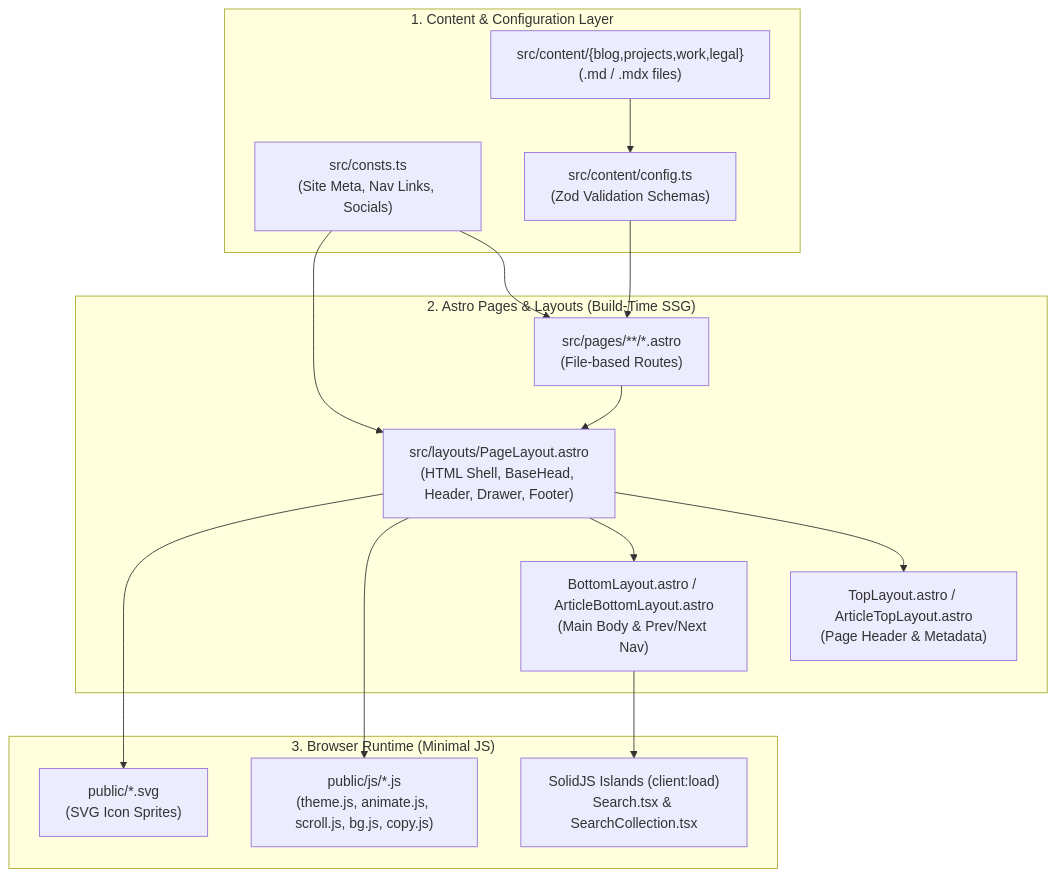
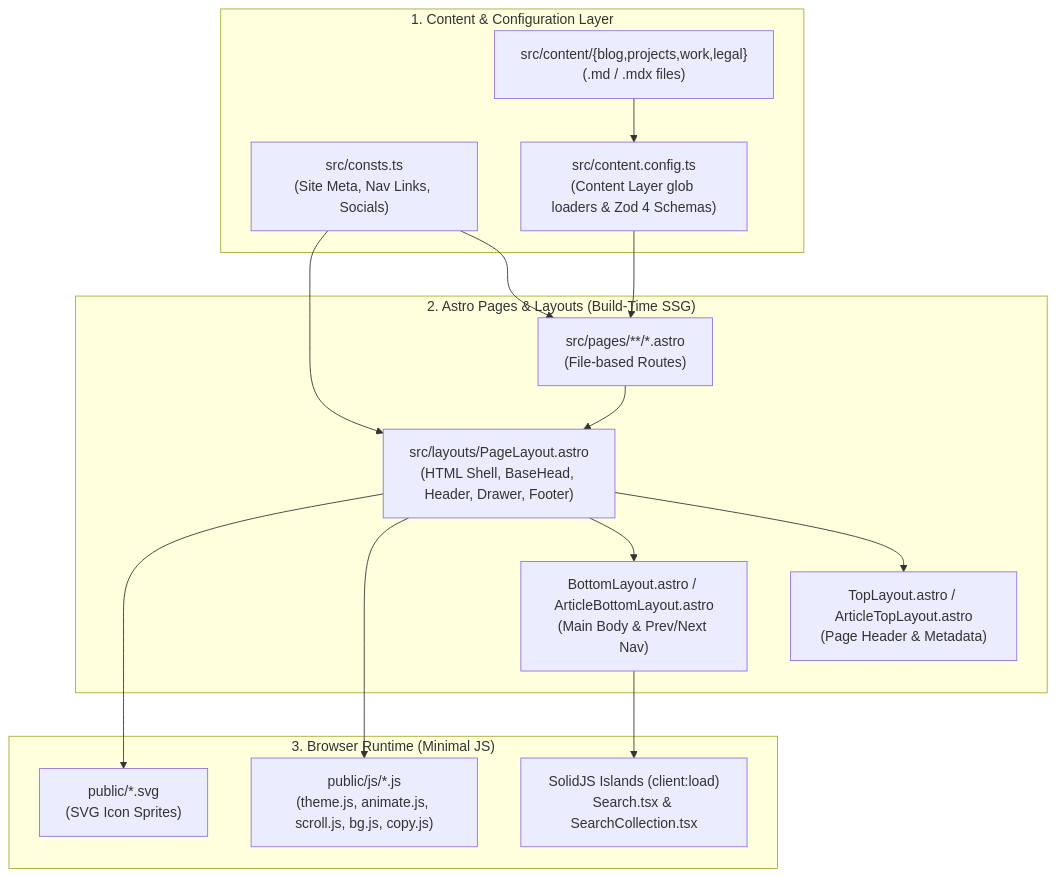
One commit to robertheo15/personal-profile changed the diagram in summary.md. Above: the diagram before and after it, drawn with Mermaid. The commit also changed other lines of this file and 22 other files, not shown here.

````diff
--- a/summary.md
+++ b/summary.md
@@ -26,32 +26,32 @@
 ```mermaid
 flowchart TD
     subgraph Content_and_Config ["1. Content & Configuration Layer"]
         CONSTS["src/consts.ts<br/>(Site Meta, Nav Links, Socials)"]
         CONTENT["src/content/{blog,projects,work,legal}<br/>(.md / .mdx files)"]
-        SCHEMA["src/content/config.ts<br/>(Zod Validation Schemas)"]
+        SCHEMA["src/content.config.ts<br/>(Content Layer glob loaders & Zod 4 Schemas)"]
         CONTENT --> SCHEMA
     end
 
     subgraph Routing_and_Layouts ["2. Astro Pages & Layouts (Build-Time SSG)"]
         PAGES["src/pages/**/*.astro<br/>(File-based Routes)"]
         PAGELAYOUT["src/layouts/PageLayout.astro<br/>(HTML Shell, BaseHead, Header, Drawer, Footer)"]
         TOPLAYOUT["TopLayout.astro / ArticleTopLayout.astro<br/>(Page Header & Metadata)"]
         BOTLAYOUT["BottomLayout.astro / ArticleBottomLayout.astro<br/>(Main Body & Prev/Next Nav)"]
         PAGES --> PAGELAYOUT
         PAGELAYOUT --> TOPLAYOUT
         PAGELAYOUT --> BOTLAYOUT
     end
 
     subgraph Client_Runtime ["3. Browser Runtime (Minimal JS)"]
         ISLANDS["SolidJS Islands (client:load)<br/>Search.tsx & SearchCollection.tsx"]
         SCRIPTS["public/js/*.js<br/>(theme.js, animate.js, scroll.js, bg.js, copy.js)"]
         SPRITES["public/*.svg<br/>(SVG Icon Sprites)"]
     end
 
     CONSTS --> PAGES
     CONSTS --> PAGELAYOUT
     SCHEMA --> PAGES
     BOTLAYOUT --> ISLANDS
     PAGELAYOUT --> SCRIPTS
     PAGELAYOUT --> SPRITES
 ```
````
